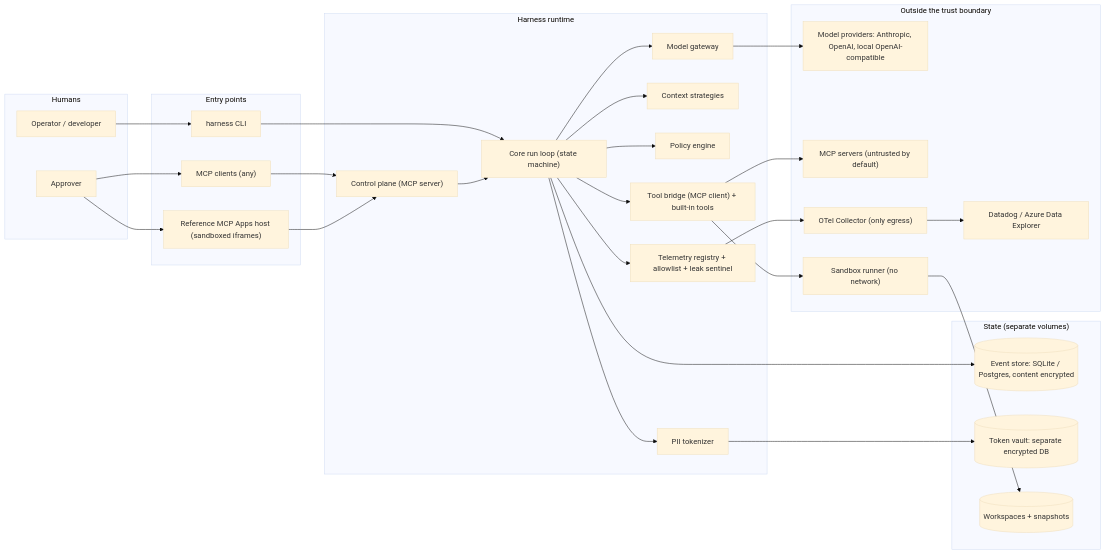
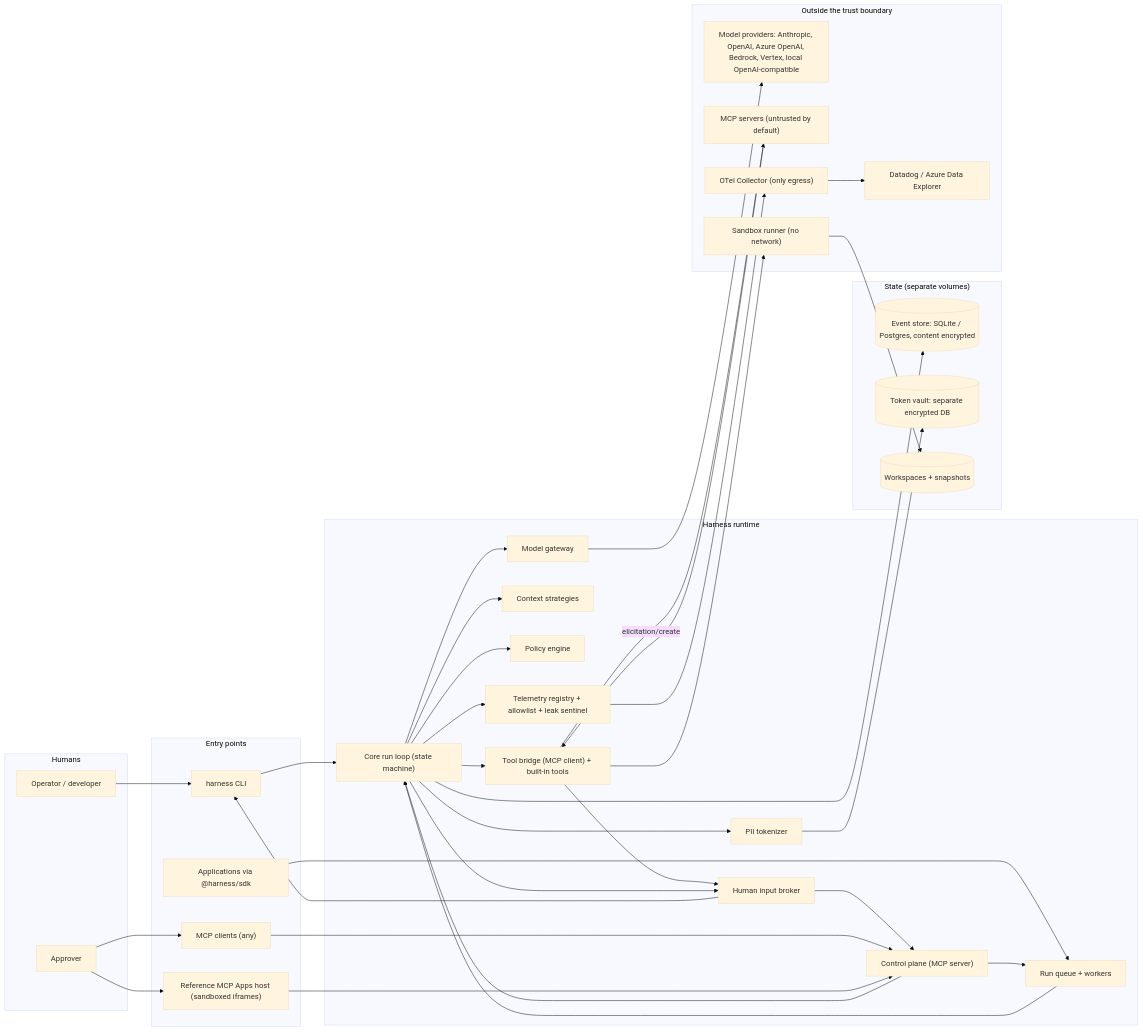
Before and after one commit to Rovinos-AI/rovinos-ai-harness: the first of 18 diagrams in README.md, drawn with Mermaid (base theme). The commit also changed other lines of this file and 40 other files, not shown here.

````diff
--- a/README.md
+++ b/README.md
@@ -53,60 +57,71 @@
 ```mermaid
 flowchart LR
   subgraph People["Humans"]
     OP["Operator / developer"]
     AP["Approver"]
   end
 
   subgraph Clients["Entry points"]
     CLI["harness CLI"]
+    SDKC["Applications via @harness/sdk"]
     MCPC["MCP clients (any)"]
     HOST["Reference MCP Apps host (sandboxed iframes)"]
   end
 
   subgraph Runtime["Harness runtime"]
     CP["Control plane (MCP server)"]
+    Q["Run queue + workers"]
+    HIB["Human input broker"]
     CORE["Core run loop (state machine)"]
     GW["Model gateway"]
     CTX["Context strategies"]
     POL["Policy engine"]
     PII["PII tokenizer"]
     TOOLS["Tool bridge (MCP client) + built-in tools"]
     TEL["Telemetry registry + allowlist + leak sentinel"]
   end
 
   subgraph Data["State (separate volumes)"]
     STORE[("Event store: SQLite / Postgres, content encrypted")]
     VAULT[("Token vault: separate encrypted DB")]
     WS[("Workspaces + snapshots")]
   end
 
   subgraph External["Outside the trust boundary"]
-    LLM["Model providers: Anthropic, OpenAI, local OpenAI-compatible"]
+    LLM["Model providers: Anthropic, OpenAI, Azure OpenAI, Bedrock, Vertex, local OpenAI-compatible"]
     SRV["MCP servers (untrusted by default)"]
     SBX["Sandbox runner (no network)"]
     COL["OTel Collector (only egress)"]
     BK["Datadog / Azure Data Explorer"]
   end
 
   OP --> CLI
   AP --> HOST
   AP --> MCPC
   CLI --> CORE
+  SDKC --> Q
+  CP --> Q
+  Q --> CORE
+  SRV -- "elicitation/create" --> TOOLS
+  TOOLS --> HIB
+  CORE --> HIB
+  HIB --> CP
+  HIB --> CLI
   MCPC --> CP
   HOST --> CP
   CP --> CORE
   CORE --> CTX
   CORE --> GW
   CORE --> POL
   CORE --> PII
   PII --> VAULT
   CORE --> TOOLS
   CORE --> STORE
   GW --> LLM
   TOOLS --> SRV
   TOOLS --> SBX
   SBX --> WS
   CORE --> TEL
   TEL --> COL
   COL --> BK
 ```
````
